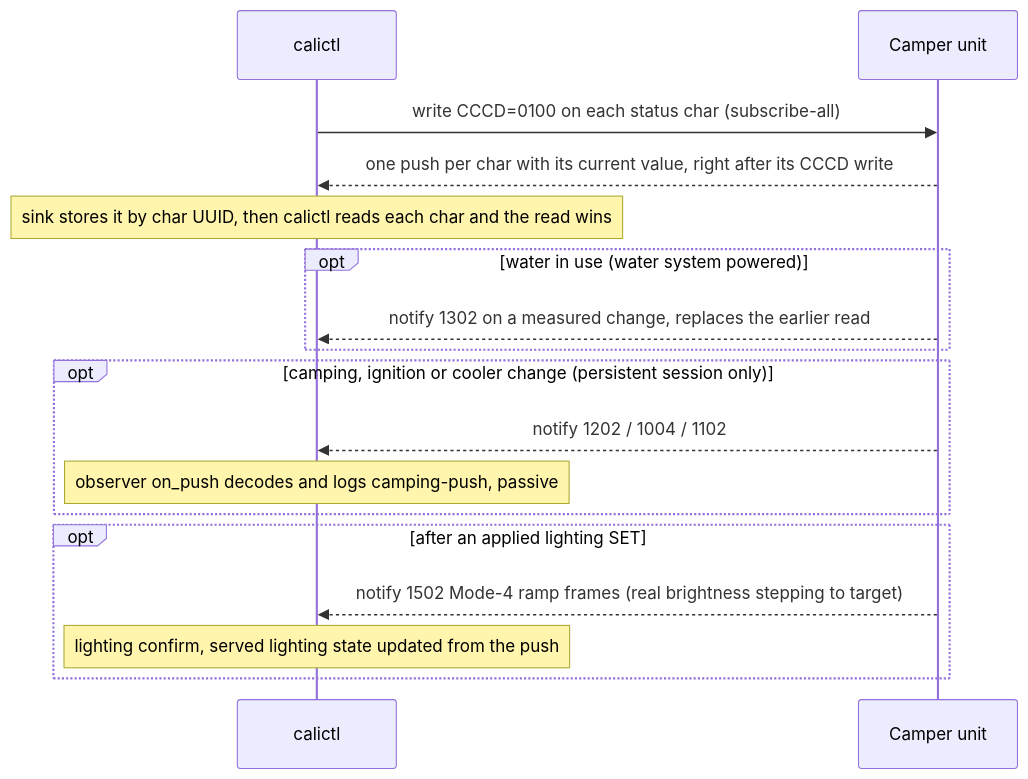
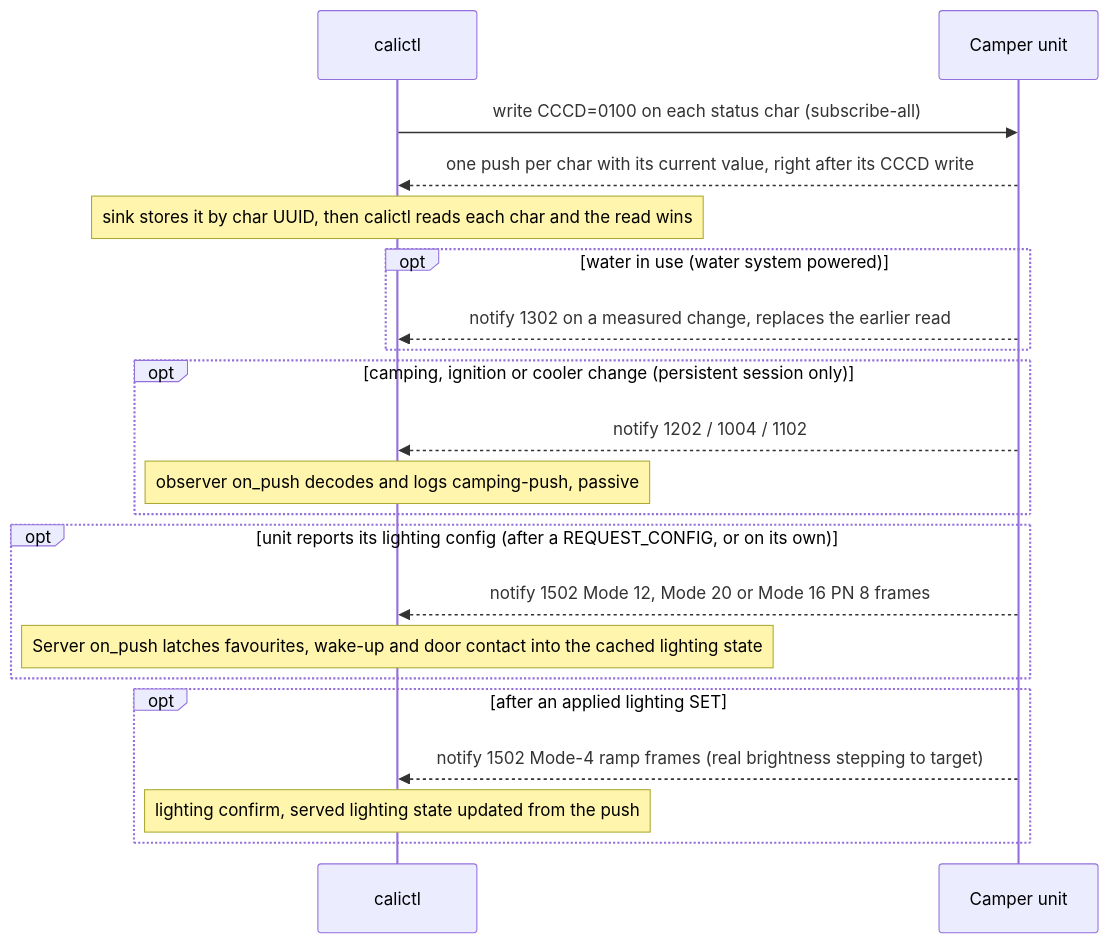
One commit to ckeller42/open-california changed the third of 17 diagrams in docs/protocol-sequences.rst. Above: the diagram before and after it, drawn with Mermaid. The commit also changed other lines of this file and 9 other files, not shown here.

First line of the commit message:
docs: audit the protocol sequence diagrams against the code and add the missing flows

```diff
--- a/docs/protocol-sequences.rst
+++ b/docs/protocol-sequences.rst
@@ -305,19 +382,23 @@
 .. mermaid::
 
     sequenceDiagram
         participant C as calictl
         participant U as Camper unit
         C->>U: write CCCD=0100 on each status char (subscribe-all)
         U-->>C: one push per char with its current value, right after its CCCD write
         Note over C: sink stores it by char UUID, then calictl reads each char and the read wins
         opt water in use (water system powered)
             U-->>C: notify 1302 on a measured change, replaces the earlier read
         end
         opt camping, ignition or cooler change (persistent session only)
             U-->>C: notify 1202 / 1004 / 1102
             Note over C: observer on_push decodes and logs camping-push, passive
         end
+        opt unit reports its lighting config (after a REQUEST_CONFIG, or on its own)
+            U-->>C: notify 1502 Mode 12, Mode 20 or Mode 16 PN 8 frames
+            Note over C: Server on_push latches favourites, wake-up and door contact into the cached lighting state
+        end
         opt after an applied lighting SET
             U-->>C: notify 1502 Mode-4 ramp frames (real brightness stepping to target)
             Note over C: lighting confirm, served lighting state updated from the push
         end
```
